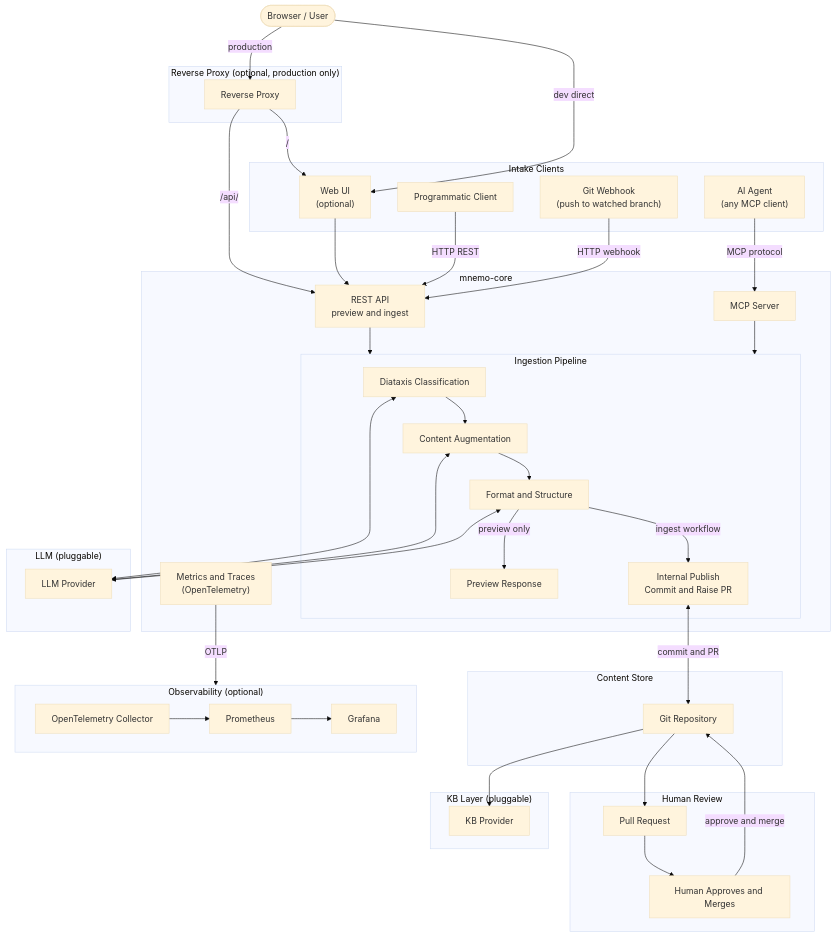
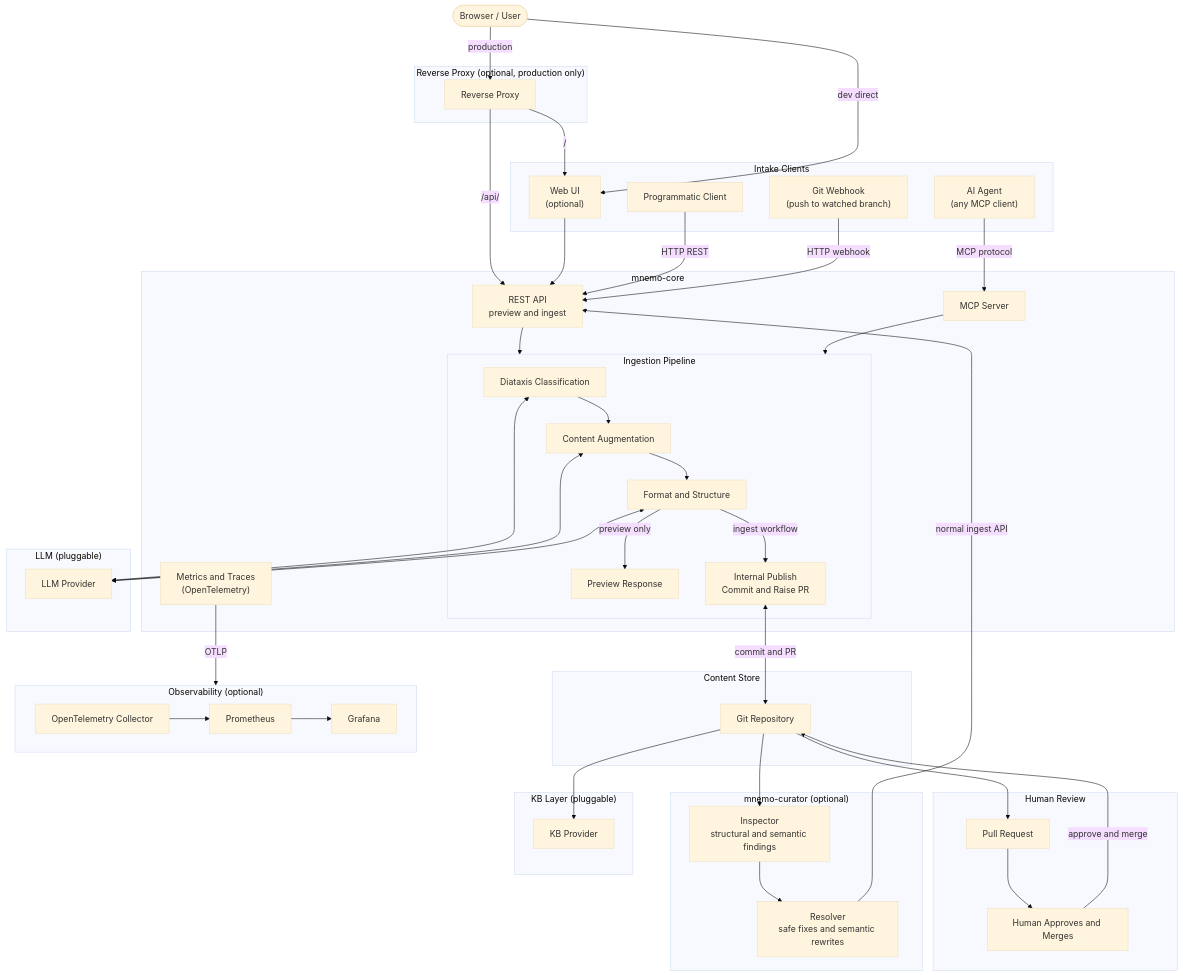
Before and after one commit to pabooth/mnemosyne: the diagram in docs/ARCHITECTURE.md, drawn with Mermaid (base theme). The commit also changed other lines of this file and 67 other files, not shown here.

First line of the commit message:
Multiple changes, including API versioning, issue tracking and an automated resolver service (#27)

```diff
--- a/docs/ARCHITECTURE.md
+++ b/docs/ARCHITECTURE.md
@@ -45,6 +45,11 @@
 
     subgraph STORE["Content Store"]
         GIT["Git Repository"]
+    end
+
+    subgraph CURATOR["mnemo-curator (optional)"]
+        INSPECTOR["Inspector\nstructural and semantic findings"]
+        RESOLVER["Resolver\nsafe fixes and semantic rewrites"]
     end
 
     subgraph KB["KB Layer (pluggable)"]
@@ -88,6 +93,10 @@
 
     GIT --> KB_NODE
 
+    GIT --> INSPECTOR
+    INSPECTOR --> RESOLVER
+    RESOLVER -->|normal ingest API| REST
+
     METRICS -->|OTLP| OTEL
     OTEL --> PROM
     PROM --> GRAFANA
```
